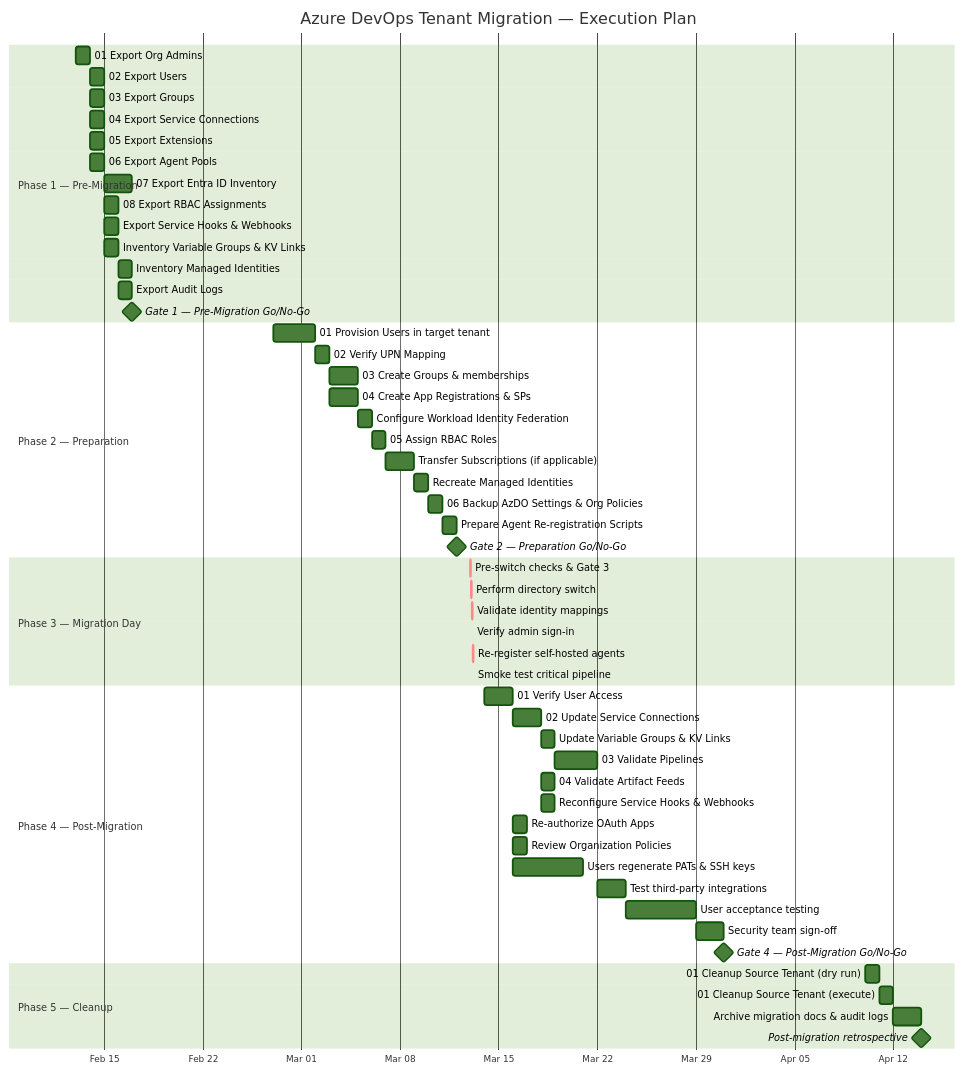
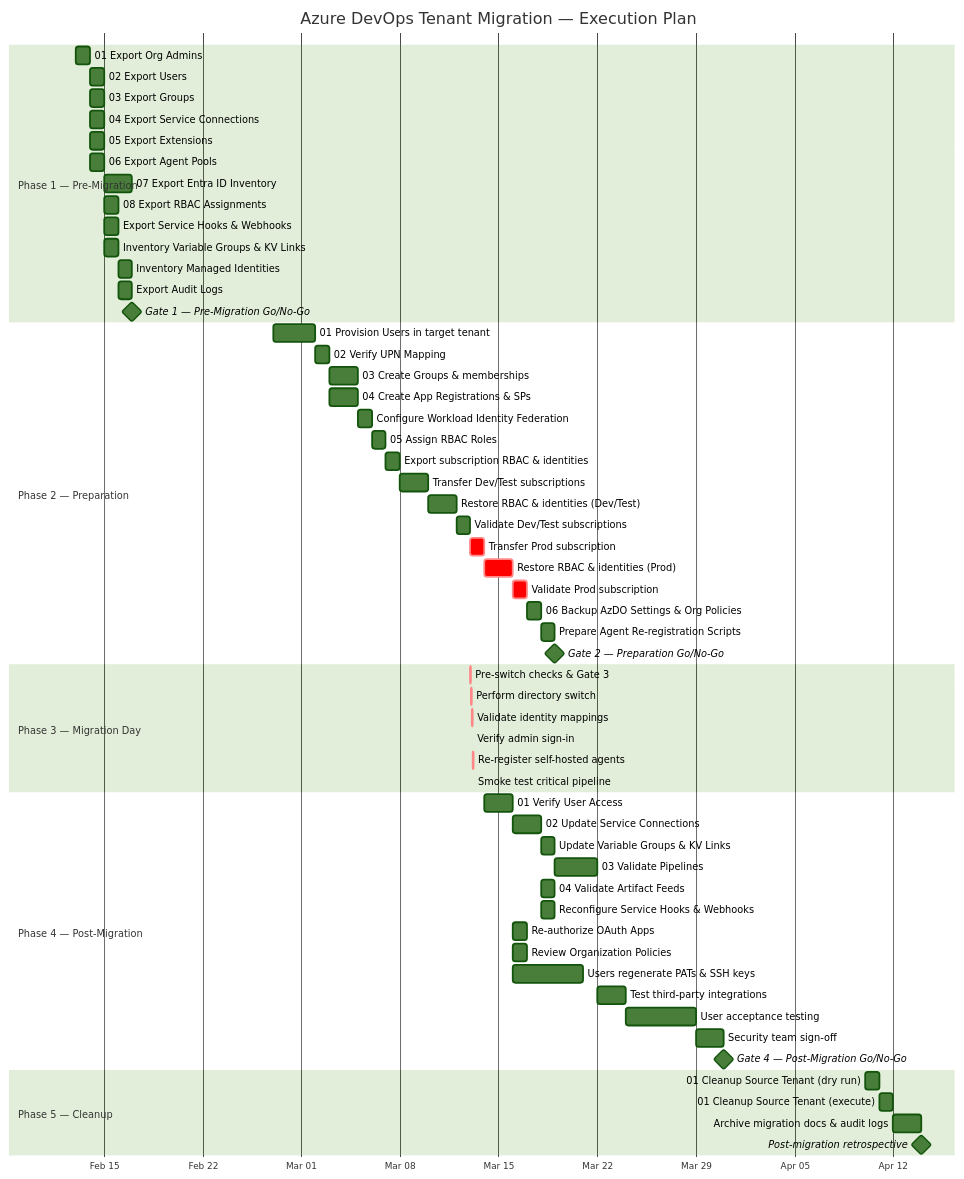
Before and after one commit to frkim/AzDOTenantMigration: the diagram in AzDO-Migration-Plan.md, drawn with Mermaid (forest theme). The commit also changed other lines of this file, not shown here.

Commit message:
Update Azure DevOps Migration Plan: Revise Azure Subscription Transfer section to clarify process, impacts, and validation steps; enhance decision-making criteria for subscription transfers; update document version to 3.0.

````diff
--- a/AzDO-Migration-Plan.md
+++ b/AzDO-Migration-Plan.md
@@ -709,63 +1098,68 @@
 ```mermaid
 gantt
     title Azure DevOps Tenant Migration — Execution Plan
     dateFormat  YYYY-MM-DD
     axisFormat  %b %d
 
     section Phase 1 — Pre-Migration
     01 Export Org Admins                        :pre01, 2026-02-13, 1d
     02 Export Users                             :pre02, after pre01, 1d
     03 Export Groups                            :pre03, after pre01, 1d
     04 Export Service Connections               :pre04, after pre01, 1d
     05 Export Extensions                        :pre05, after pre01, 1d
     06 Export Agent Pools                       :pre06, after pre01, 1d
     07 Export Entra ID Inventory                :pre07, after pre02, 2d
     08 Export RBAC Assignments                  :pre08, after pre04, 1d
     Export Service Hooks & Webhooks             :pre09, after pre04, 1d
     Inventory Variable Groups & KV Links        :pre10, after pre04, 1d
     Inventory Managed Identities                :pre11, after pre08, 1d
     Export Audit Logs                           :pre12, after pre08, 1d
     Gate 1 — Pre-Migration Go/No-Go            :milestone, gate1, after pre12, 0d
 
     section Phase 2 — Preparation
     01 Provision Users in target tenant         :prep01, 2026-02-27, 3d
     02 Verify UPN Mapping                       :prep02, after prep01, 1d
     03 Create Groups & memberships              :prep03, after prep02, 2d
     04 Create App Registrations & SPs           :prep04, after prep02, 2d
     Configure Workload Identity Federation      :prep04b, after prep04, 1d
     05 Assign RBAC Roles                        :prep05, after prep04b, 1d
-    Transfer Subscriptions (if applicable)      :prep05b, after prep05, 2d
-    Recreate Managed Identities                 :prep05c, after prep05b, 1d
-    06 Backup AzDO Settings & Org Policies      :prep06, after prep05c, 1d
+    Export subscription RBAC & identities       :sub01, after prep05, 1d
+    Transfer Dev/Test subscriptions             :sub02, after sub01, 2d
+    Restore RBAC & identities (Dev/Test)        :sub03, after sub02, 2d
+    Validate Dev/Test subscriptions             :sub04, after sub03, 1d
+    Transfer Prod subscription                  :crit, sub05, after sub04, 1d
+    Restore RBAC & identities (Prod)            :crit, sub06, after sub05, 2d
+    Validate Prod subscription                  :crit, sub07, after sub06, 1d
+    06 Backup AzDO Settings & Org Policies      :prep06, after sub07, 1d
     Prepare Agent Re-registration Scripts       :prep07, after prep06, 1d
     Gate 2 — Preparation Go/No-Go              :milestone, gate2, after prep07, 0d
 
     section Phase 3 — Migration Day
     Pre-switch checks & Gate 3                  :crit, mig01, 2026-03-13, 1h
     Perform directory switch                    :crit, mig02, after mig01, 2h
     Validate identity mappings                  :crit, mig03, after mig02, 1h
     Verify admin sign-in                        :crit, mig04, after mig03, 30min
     Re-register self-hosted agents              :crit, mig05, after mig04, 1h
     Smoke test critical pipeline                :crit, mig06, after mig05, 30min
 
     section Phase 4 — Post-Migration
     01 Verify User Access                       :post01, 2026-03-14, 2d
     02 Update Service Connections               :post02, after post01, 2d
     Update Variable Groups & KV Links           :post02b, after post02, 1d
     03 Validate Pipelines                       :post03, after post02b, 3d
     04 Validate Artifact Feeds                  :post04, after post02, 1d
     Reconfigure Service Hooks & Webhooks        :post05, after post02, 1d
     Re-authorize OAuth Apps                     :post06, after post01, 1d
     Review Organization Policies                :post07, after post01, 1d
     Users regenerate PATs & SSH keys            :post_pats, after post01, 5d
     Test third-party integrations               :post_integ, after post03, 2d
     User acceptance testing                     :post_uat, after post_integ, 5d
     Security team sign-off                      :post_sec, after post_uat, 2d
     Gate 4 — Post-Migration Go/No-Go           :milestone, gate4, after post_sec, 0d
 
     section Phase 5 — Cleanup
     01 Cleanup Source Tenant (dry run)          :clean01, 2026-04-10, 1d
     01 Cleanup Source Tenant (execute)          :clean02, after clean01, 1d
     Archive migration docs & audit logs         :clean03, after clean02, 2d
     Post-migration retrospective                :milestone, retro, after clean03, 0d
 ```
````
